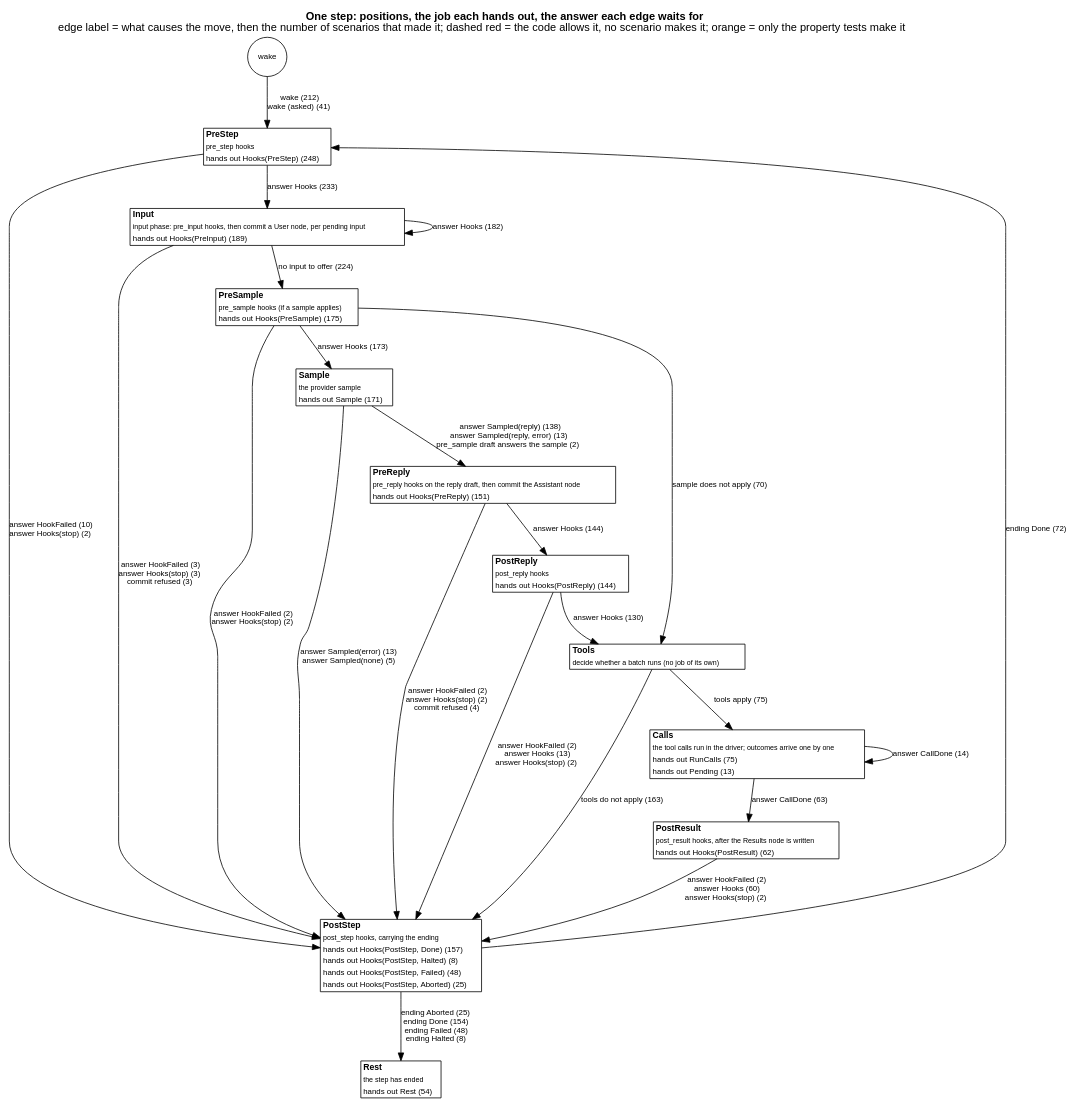
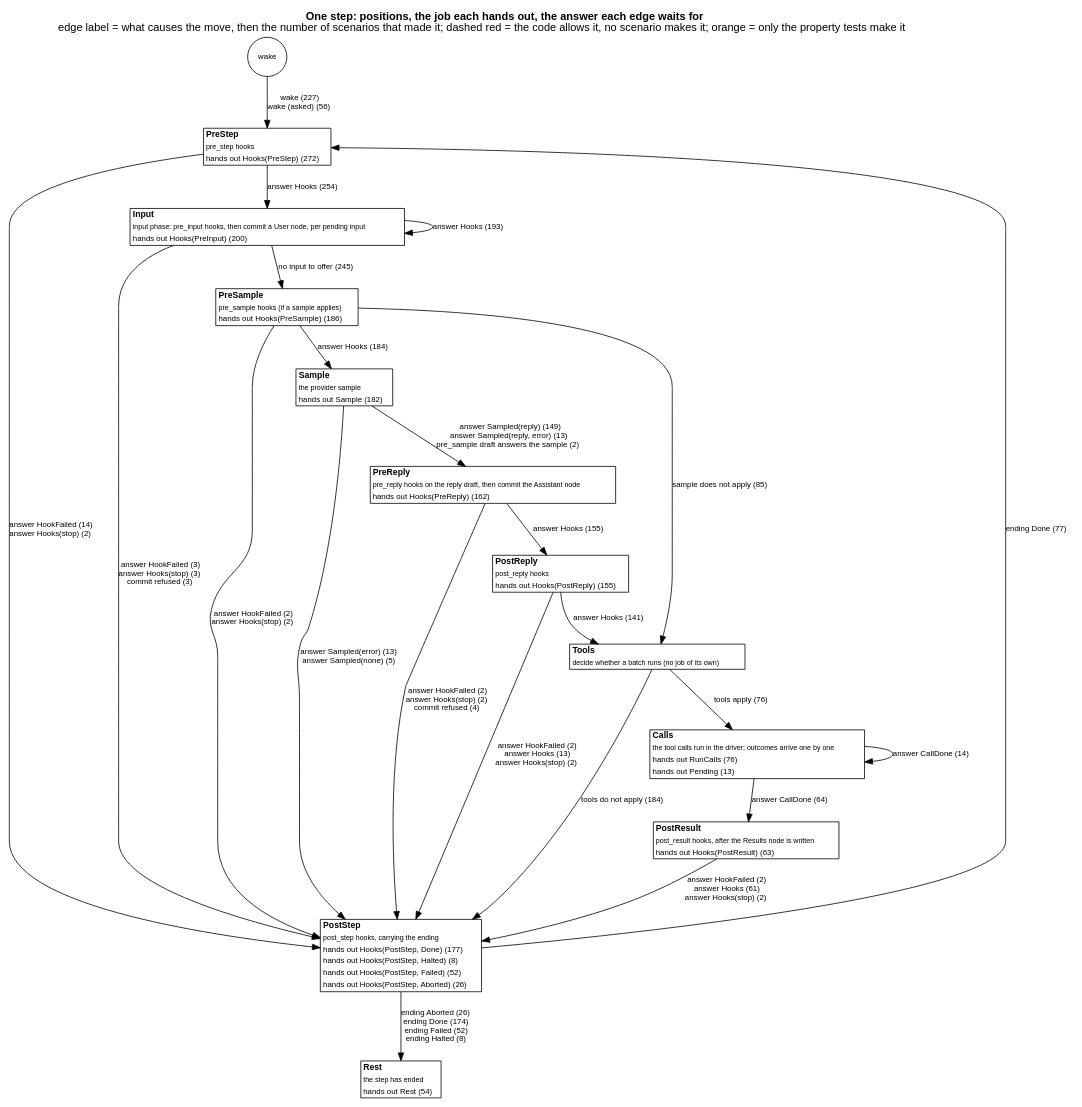
Before and after one commit to jmccardle/tau: the diagram in docs/as-built/diagrams/step-positions.dot, drawn with Graphviz. The commit also changed 32 other files, not shown here.

```diff
--- a/docs/as-built/diagrams/step-positions.dot
+++ b/docs/as-built/diagrams/step-positions.dot
@@ -1,40 +1,40 @@
 // Generated by scripts/diagrams.sh from the test suites' transitions. Do not edit.
 digraph step_positions {
   graph [rankdir=TB, fontname="Helvetica", nodesep=0.5, ranksep=0.6, labelloc=t, label=<<b>One step: positions, the job each hands out, the answer each edge waits for</b><br/>edge label = what causes the move, then the number of scenarios that made it; dashed red = the code allows it, no scenario makes it; orange = only the property tests make it>];
   node [shape=plain, fontname="Helvetica", fontsize=11];
   edge [fontname="Helvetica", fontsize=10];
   "(wake)" [shape=circle, label="wake", fontsize=10];
-  "PreStep" [label=<<table border="1" cellborder="0" cellspacing="0" bgcolor="white"><tr><td align="left"><b>PreStep</b></td></tr><tr><td align="left"><font point-size="9">pre_step hooks</font></td></tr><tr><td align="left"><font color="black" point-size="10">hands out Hooks(PreStep) (248)</font></td></tr></table>>];
-  "Input" [label=<<table border="1" cellborder="0" cellspacing="0" bgcolor="white"><tr><td align="left"><b>Input</b></td></tr><tr><td align="left"><font point-size="9">input phase: pre_input hooks, then commit a User node, per pending input</font></td></tr><tr><td align="left"><font color="black" point-size="10">hands out Hooks(PreInput) (189)</font></td></tr></table>>];
-  "PreSample" [label=<<table border="1" cellborder="0" cellspacing="0" bgcolor="white"><tr><td align="left"><b>PreSample</b></td></tr><tr><td align="left"><font point-size="9">pre_sample hooks (if a sample applies)</font></td></tr><tr><td align="left"><font color="black" point-size="10">hands out Hooks(PreSample) (175)</font></td></tr></table>>];
-  "Sample" [label=<<table border="1" cellborder="0" cellspacing="0" bgcolor="white"><tr><td align="left"><b>Sample</b></td></tr><tr><td align="left"><font point-size="9">the provider sample</font></td></tr><tr><td align="left"><font color="black" point-size="10">hands out Sample (171)</font></td></tr></table>>];
-  "PreReply" [label=<<table border="1" cellborder="0" cellspacing="0" bgcolor="white"><tr><td align="left"><b>PreReply</b></td></tr><tr><td align="left"><font point-size="9">pre_reply hooks on the reply draft, then commit the Assistant node</font></td></tr><tr><td align="left"><font color="black" point-size="10">hands out Hooks(PreReply) (151)</font></td></tr></table>>];
-  "PostReply" [label=<<table border="1" cellborder="0" cellspacing="0" bgcolor="white"><tr><td align="left"><b>PostReply</b></td></tr><tr><td align="left"><font point-size="9">post_reply hooks</font></td></tr><tr><td align="left"><font color="black" point-size="10">hands out Hooks(PostReply) (144)</font></td></tr></table>>];
+  "PreStep" [label=<<table border="1" cellborder="0" cellspacing="0" bgcolor="white"><tr><td align="left"><b>PreStep</b></td></tr><tr><td align="left"><font point-size="9">pre_step hooks</font></td></tr><tr><td align="left"><font color="black" point-size="10">hands out Hooks(PreStep) (272)</font></td></tr></table>>];
+  "Input" [label=<<table border="1" cellborder="0" cellspacing="0" bgcolor="white"><tr><td align="left"><b>Input</b></td></tr><tr><td align="left"><font point-size="9">input phase: pre_input hooks, then commit a User node, per pending input</font></td></tr><tr><td align="left"><font color="black" point-size="10">hands out Hooks(PreInput) (200)</font></td></tr></table>>];
+  "PreSample" [label=<<table border="1" cellborder="0" cellspacing="0" bgcolor="white"><tr><td align="left"><b>PreSample</b></td></tr><tr><td align="left"><font point-size="9">pre_sample hooks (if a sample applies)</font></td></tr><tr><td align="left"><font color="black" point-size="10">hands out Hooks(PreSample) (186)</font></td></tr></table>>];
+  "Sample" [label=<<table border="1" cellborder="0" cellspacing="0" bgcolor="white"><tr><td align="left"><b>Sample</b></td></tr><tr><td align="left"><font point-size="9">the provider sample</font></td></tr><tr><td align="left"><font color="black" point-size="10">hands out Sample (182)</font></td></tr></table>>];
+  "PreReply" [label=<<table border="1" cellborder="0" cellspacing="0" bgcolor="white"><tr><td align="left"><b>PreReply</b></td></tr><tr><td align="left"><font point-size="9">pre_reply hooks on the reply draft, then commit the Assistant node</font></td></tr><tr><td align="left"><font color="black" point-size="10">hands out Hooks(PreReply) (162)</font></td></tr></table>>];
+  "PostReply" [label=<<table border="1" cellborder="0" cellspacing="0" bgcolor="white"><tr><td align="left"><b>PostReply</b></td></tr><tr><td align="left"><font point-size="9">post_reply hooks</font></td></tr><tr><td align="left"><font color="black" point-size="10">hands out Hooks(PostReply) (155)</font></td></tr></table>>];
   "Tools" [label=<<table border="1" cellborder="0" cellspacing="0" bgcolor="white"><tr><td align="left"><b>Tools</b></td></tr><tr><td align="left"><font point-size="9">decide whether a batch runs (no job of its own)</font></td></tr></table>>];
-  "Calls" [label=<<table border="1" cellborder="0" cellspacing="0" bgcolor="white"><tr><td align="left"><b>Calls</b></td></tr><tr><td align="left"><font point-size="9">the tool calls run in the driver; outcomes arrive one by one</font></td></tr><tr><td align="left"><font color="black" point-size="10">hands out RunCalls (75)</font></td></tr><tr><td align="left"><font color="black" point-size="10">hands out Pending (13)</font></td></tr></table>>];
-  "PostResult" [label=<<table border="1" cellborder="0" cellspacing="0" bgcolor="white"><tr><td align="left"><b>PostResult</b></td></tr><tr><td align="left"><font point-size="9">post_result hooks, after the Results node is written</font></td></tr><tr><td align="left"><font color="black" point-size="10">hands out Hooks(PostResult) (62)</font></td></tr></table>>];
-  "PostStep" [label=<<table border="1" cellborder="0" cellspacing="0" bgcolor="white"><tr><td align="left"><b>PostStep</b></td></tr><tr><td align="left"><font point-size="9">post_step hooks, carrying the ending</font></td></tr><tr><td align="left"><font color="black" point-size="10">hands out Hooks(PostStep, Done) (157)</font></td></tr><tr><td align="left"><font color="black" point-size="10">hands out Hooks(PostStep, Halted) (8)</font></td></tr><tr><td align="left"><font color="black" point-size="10">hands out Hooks(PostStep, Failed) (48)</font></td></tr><tr><td align="left"><font color="black" point-size="10">hands out Hooks(PostStep, Aborted) (25)</font></td></tr></table>>];
+  "Calls" [label=<<table border="1" cellborder="0" cellspacing="0" bgcolor="white"><tr><td align="left"><b>Calls</b></td></tr><tr><td align="left"><font point-size="9">the tool calls run in the driver; outcomes arrive one by one</font></td></tr><tr><td align="left"><font color="black" point-size="10">hands out RunCalls (76)</font></td></tr><tr><td align="left"><font color="black" point-size="10">hands out Pending (13)</font></td></tr></table>>];
+  "PostResult" [label=<<table border="1" cellborder="0" cellspacing="0" bgcolor="white"><tr><td align="left"><b>PostResult</b></td></tr><tr><td align="left"><font point-size="9">post_result hooks, after the Results node is written</font></td></tr><tr><td align="left"><font color="black" point-size="10">hands out Hooks(PostResult) (63)</font></td></tr></table>>];
+  "PostStep" [label=<<table border="1" cellborder="0" cellspacing="0" bgcolor="white"><tr><td align="left"><b>PostStep</b></td></tr><tr><td align="left"><font point-size="9">post_step hooks, carrying the ending</font></td></tr><tr><td align="left"><font color="black" point-size="10">hands out Hooks(PostStep, Done) (177)</font></td></tr><tr><td align="left"><font color="black" point-size="10">hands out Hooks(PostStep, Halted) (8)</font></td></tr><tr><td align="left"><font color="black" point-size="10">hands out Hooks(PostStep, Failed) (52)</font></td></tr><tr><td align="left"><font color="black" point-size="10">hands out Hooks(PostStep, Aborted) (26)</font></td></tr></table>>];
   "Rest" [label=<<table border="1" cellborder="0" cellspacing="0" bgcolor="white"><tr><td align="left"><b>Rest</b></td></tr><tr><td align="left"><font point-size="9">the step has ended</font></td></tr><tr><td align="left"><font color="black" point-size="10">hands out Rest (54)</font></td></tr></table>>];
-  "(wake)" -> "PreStep" [label=<wake (212)<br/>wake (asked) (41)>, color="black", style=solid];
+  "(wake)" -> "PreStep" [label=<wake (227)<br/>wake (asked) (56)>, color="black", style=solid];
   "Calls" -> "Calls" [label=<answer CallDone (14)>, color="black", style=solid];
-  "Calls" -> "PostResult" [label=<answer CallDone (63)>, color="black", style=solid];
-  "Input" -> "Input" [label=<answer Hooks (182)>, color="black", style=solid];
+  "Calls" -> "PostResult" [label=<answer CallDone (64)>, color="black", style=solid];
+  "Input" -> "Input" [label=<answer Hooks (193)>, color="black", style=solid];
   "Input" -> "PostStep" [label=<answer HookFailed (3)<br/>answer Hooks(stop) (3)<br/>commit refused (3)>, color="black", style=solid];
-  "Input" -> "PreSample" [label=<no input to offer (224)>, color="black", style=solid];
+  "Input" -> "PreSample" [label=<no input to offer (245)>, color="black", style=solid];
   "PostReply" -> "PostStep" [label=<answer HookFailed (2)<br/>answer Hooks (13)<br/>answer Hooks(stop) (2)>, color="black", style=solid];
-  "PostReply" -> "Tools" [label=<answer Hooks (130)>, color="black", style=solid];
-  "PostResult" -> "PostStep" [label=<answer HookFailed (2)<br/>answer Hooks (60)<br/>answer Hooks(stop) (2)>, color="black", style=solid];
-  "PostStep" -> "PreStep" [label=<ending Done (72)>, color="black", style=solid];
-  "PostStep" -> "Rest" [label=<ending Aborted (25)<br/>ending Done (154)<br/>ending Failed (48)<br/>ending Halted (8)>, color="black", style=solid];
-  "PreReply" -> "PostReply" [label=<answer Hooks (144)>, color="black", style=solid];
+  "PostReply" -> "Tools" [label=<answer Hooks (141)>, color="black", style=solid];
+  "PostResult" -> "PostStep" [label=<answer HookFailed (2)<br/>answer Hooks (61)<br/>answer Hooks(stop) (2)>, color="black", style=solid];
+  "PostStep" -> "PreStep" [label=<ending Done (77)>, color="black", style=solid];
+  "PostStep" -> "Rest" [label=<ending Aborted (26)<br/>ending Done (174)<br/>ending Failed (52)<br/>ending Halted (8)>, color="black", style=solid];
+  "PreReply" -> "PostReply" [label=<answer Hooks (155)>, color="black", style=solid];
   "PreReply" -> "PostStep" [label=<answer HookFailed (2)<br/>answer Hooks(stop) (2)<br/>commit refused (4)>, color="black", style=solid];
   "PreSample" -> "PostStep" [label=<answer HookFailed (2)<br/>answer Hooks(stop) (2)>, color="black", style=solid];
-  "PreSample" -> "Sample" [label=<answer Hooks (173)>, color="black", style=solid];
-  "PreSample" -> "Tools" [label=<sample does not apply (70)>, color="black", style=solid];
-  "PreStep" -> "Input" [label=<answer Hooks (233)>, color="black", style=solid];
-  "PreStep" -> "PostStep" [label=<answer HookFailed (10)<br/>answer Hooks(stop) (2)>, color="black", style=solid];
+  "PreSample" -> "Sample" [label=<answer Hooks (184)>, color="black", style=solid];
+  "PreSample" -> "Tools" [label=<sample does not apply (85)>, color="black", style=solid];
+  "PreStep" -> "Input" [label=<answer Hooks (254)>, color="black", style=solid];
+  "PreStep" -> "PostStep" [label=<answer HookFailed (14)<br/>answer Hooks(stop) (2)>, color="black", style=solid];
   "Sample" -> "PostStep" [label=<answer Sampled(error) (13)<br/>answer Sampled(none) (5)>, color="black", style=solid];
-  "Sample" -> "PreReply" [label=<answer Sampled(reply) (138)<br/>answer Sampled(reply, error) (13)<br/>pre_sample draft answers the sample (2)>, color="black", style=solid];
-  "Tools" -> "Calls" [label=<tools apply (75)>, color="black", style=solid];
-  "Tools" -> "PostStep" [label=<tools do not apply (163)>, color="black", style=solid];
+  "Sample" -> "PreReply" [label=<answer Sampled(reply) (149)<br/>answer Sampled(reply, error) (13)<br/>pre_sample draft answers the sample (2)>, color="black", style=solid];
+  "Tools" -> "Calls" [label=<tools apply (76)>, color="black", style=solid];
+  "Tools" -> "PostStep" [label=<tools do not apply (184)>, color="black", style=solid];
 }
```
